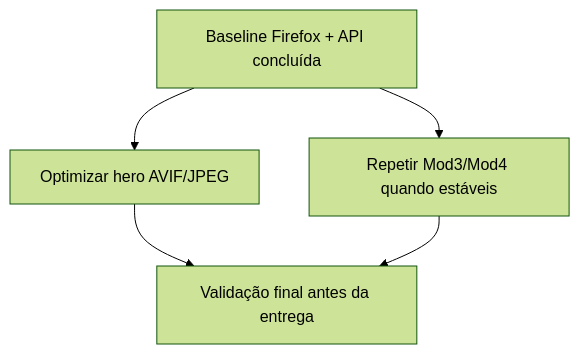
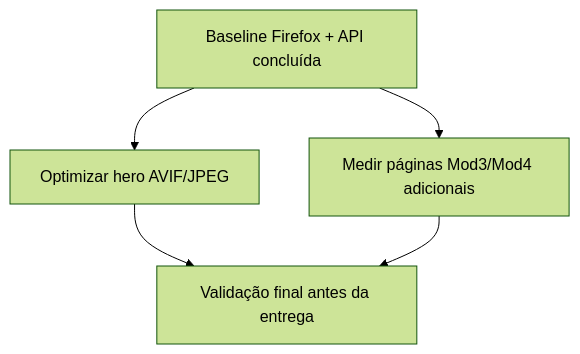
The diagram in 06_Performance/05_Recommendations.md (bulletproof20/MiaCaoMigo_Engineering), drawn with Mermaid (forest theme) before and after one commit. The commit also changed 9 other files, not shown here.

````diff
--- a/06_Performance/05_Recommendations.md
+++ b/06_Performance/05_Recommendations.md
@@ -77,7 +77,7 @@
 ```mermaid
 flowchart TD
     baseline[Baseline Firefox + API concluída] --> hero[Optimizar hero AVIF/JPEG]
-    baseline --> mod34[Repetir Mod3/Mod4 quando estáveis]
+    baseline --> mod34[Medir páginas Mod3/Mod4 adicionais]
     hero --> validation[Validação final antes da entrega]
     mod34 --> validation
 ```
````
